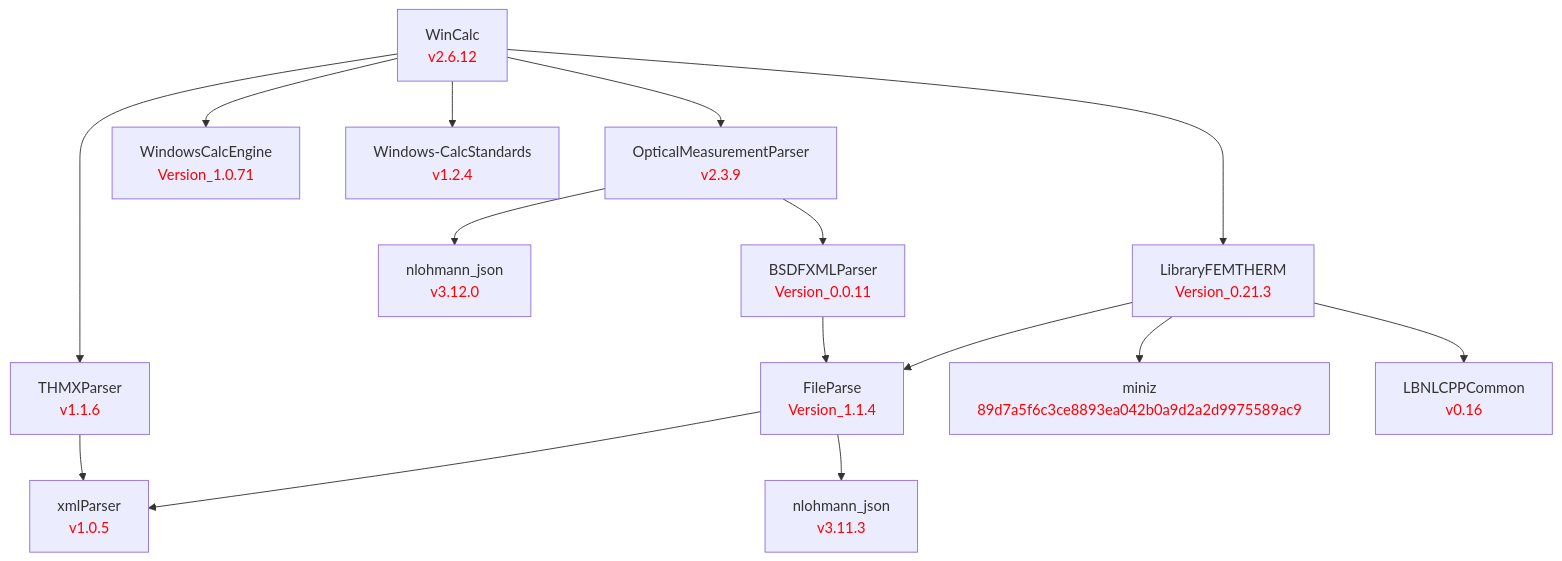
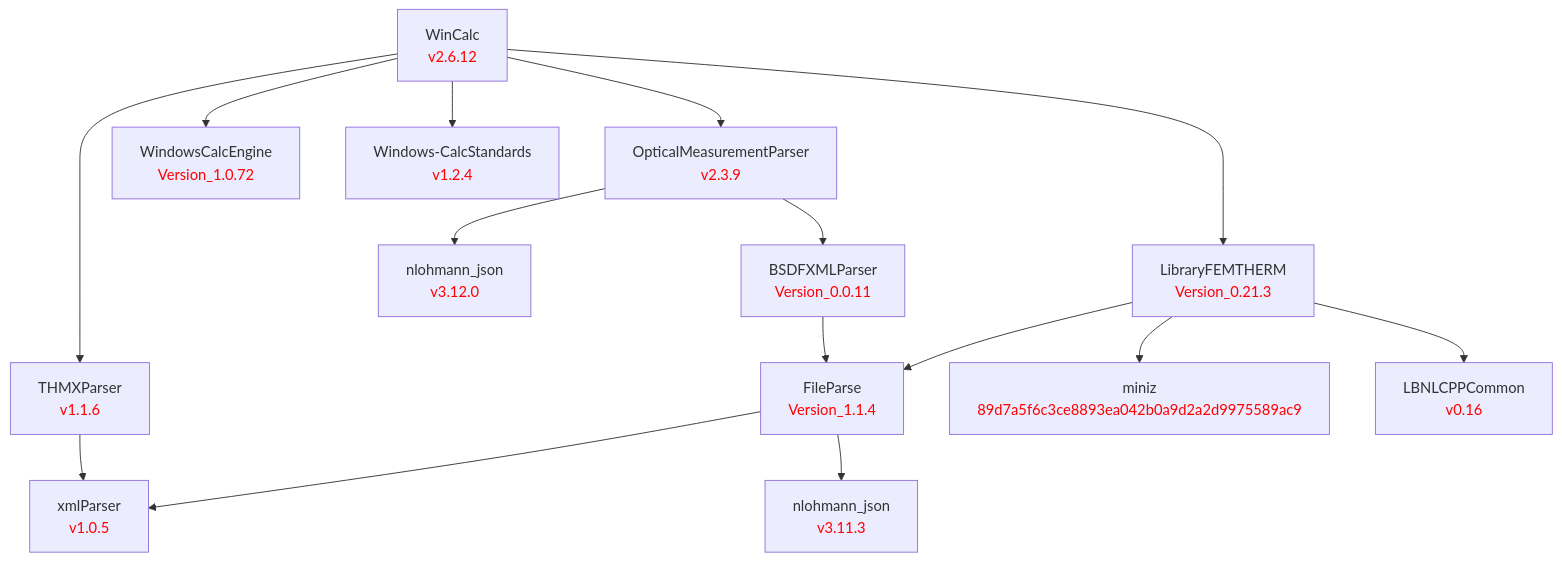
Before and after one commit to LBNL-ETA/WinCalc: the diagram in doc/WinCalc.md, drawn with Mermaid. The commit also changed 1 other file, not shown here.

Commit message:
Update Windows-CalcEngine to Version_1.0.72 and sync dep chart (release v2.6.12)

````diff
--- a/doc/WinCalc.md
+++ b/doc/WinCalc.md
@@ -1,49 +1,49 @@
 ```mermaid
 graph TD
     %% Level 0
     WinCalc[WinCalc<br/><font color='red'>v2.6.12</font>]
 
     %% Level 1 - direct dependencies
     OpticalMeasurementParser[OpticalMeasurementParser<br/><font color='red'>v2.3.9</font>]
     THMXParser[THMXParser<br/><font color='red'>v1.1.6</font>]
-    WindowsCalcEngine[WindowsCalcEngine<br/><font color='red'>Version_1.0.71</font>]
+    WindowsCalcEngine[WindowsCalcEngine<br/><font color='red'>Version_1.0.72</font>]
     Windows-CalcStandards[Windows-CalcStandards<br/><font color='red'>v1.2.4</font>]
     LibraryFEMTHERM[LibraryFEMTHERM<br/><font color='red'>Version_0.21.3</font>]
 
     %% Level 2
     nlohmann_omp[nlohmann_json<br/><font color='red'>v3.12.0</font>]
     BSDFXMLParser[BSDFXMLParser<br/><font color='red'>Version_0.0.11</font>]
     FileParse[FileParse<br/><font color='red'>Version_1.1.4</font>]
     miniz[miniz<br/><font color='red'>89d7a5f6c3ce8893ea042b0a9d2a2d9975589ac9</font>]
     LBNLCPPCommon[LBNLCPPCommon<br/><font color='red'>v0.16</font>]
 
     %% Level 3
     xmlParser[xmlParser<br/><font color='red'>v1.0.5</font>]
     nlohmann_fp[nlohmann_json<br/><font color='red'>v3.11.3</font>]
 
     %% WinCalc dependencies
     WinCalc --> OpticalMeasurementParser
     WinCalc --> THMXParser
     WinCalc --> WindowsCalcEngine
     WinCalc --> Windows-CalcStandards
     WinCalc --> LibraryFEMTHERM
 
     %% OpticalMeasurementParser dependencies
     OpticalMeasurementParser --> nlohmann_omp
     OpticalMeasurementParser --> BSDFXMLParser
 
     %% LibraryFEMTHERM dependencies
     LibraryFEMTHERM --> FileParse
     LibraryFEMTHERM --> miniz
     LibraryFEMTHERM --> LBNLCPPCommon
 
     %% BSDFXMLParser dependencies
     BSDFXMLParser --> FileParse
 
     %% FileParse dependencies
     FileParse --> xmlParser
     FileParse --> nlohmann_fp
 
     %% THMXParser dependencies
     THMXParser --> xmlParser
 ```
````
